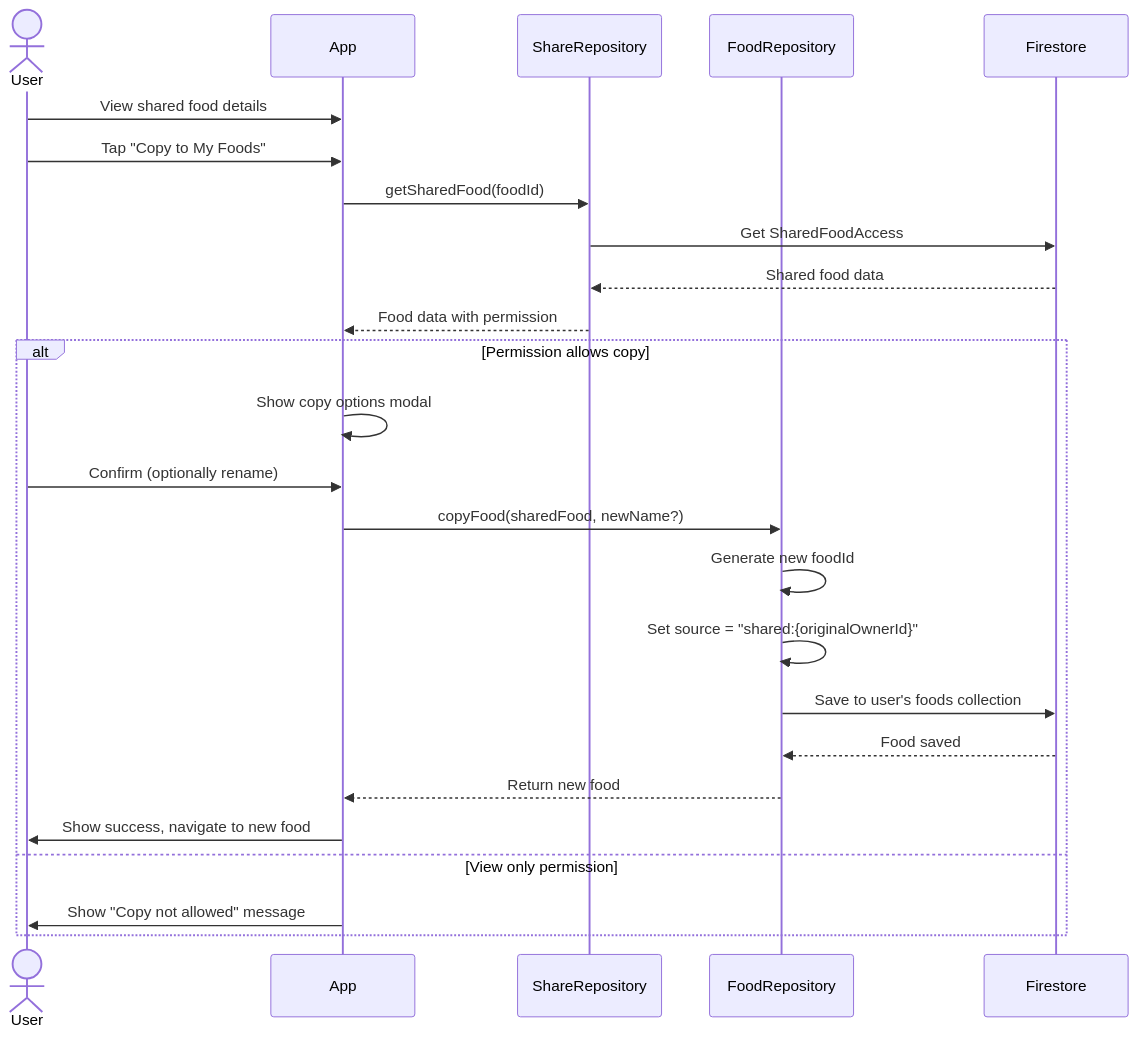
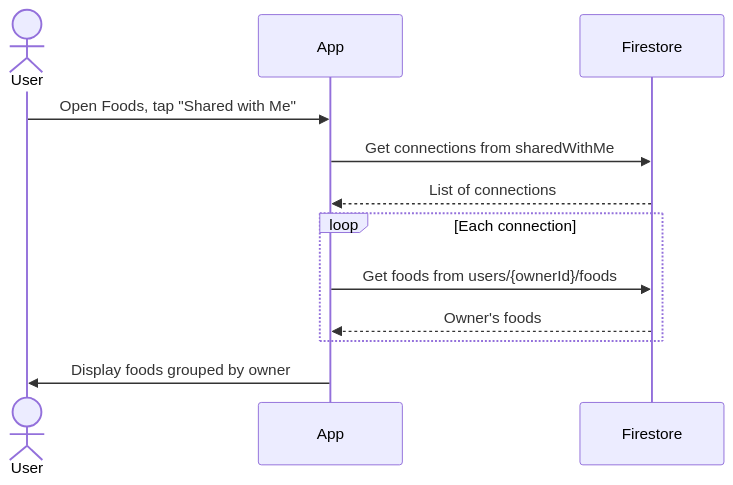
The third of 4 diagrams in doc/food-sharing-design.md (TimothyYao/meal-planning), drawn with Mermaid before and after one commit. The commit also changed other lines of this file and 4 other files, not shown here.

First line of the commit message:
Simplify food sharing design to share entire food library

````diff
--- a/doc/food-sharing-design.md
+++ b/doc/food-sharing-design.md
@@ -443,32 +333,17 @@
 ```mermaid
 sequenceDiagram
     actor User as User
     participant App as App
-    participant ShareRepo as ShareRepository
-    participant FoodRepo as FoodRepository
     participant FS as Firestore
+
+    User->>App: Open Foods, tap "Shared with Me"
+    App->>FS: Get connections from sharedWithMe
+    FS-->>App: List of connections
     
-    User->>App: View shared food details
-    User->>App: Tap "Copy to My Foods"
+    loop Each connection
+        App->>FS: Get foods from users/{ownerId}/foods
+        FS-->>App: Owner's foods
+    end
     
-    App->>ShareRepo: getSharedFood(foodId)
-    ShareRepo->>FS: Get SharedFoodAccess
-    FS-->>ShareRepo: Shared food data
-    ShareRepo-->>App: Food data with permission
-    
-    alt Permission allows copy
-        App->>App: Show copy options modal
-        User->>App: Confirm (optionally rename)
-        
-        App->>FoodRepo: copyFood(sharedFood, newName?)
-        FoodRepo->>FoodRepo: Generate new foodId
-        FoodRepo->>FoodRepo: Set source = "shared:{originalOwnerId}"
-        FoodRepo->>FS: Save to user's foods collection
-        FS-->>FoodRepo: Food saved
-        FoodRepo-->>App: Return new food
-        
-        App->>User: Show success, navigate to new food
-    else View only permission
-        App->>User: Show "Copy not allowed" message
-    end
+    App->>User: Display foods grouped by owner
 ```
````
